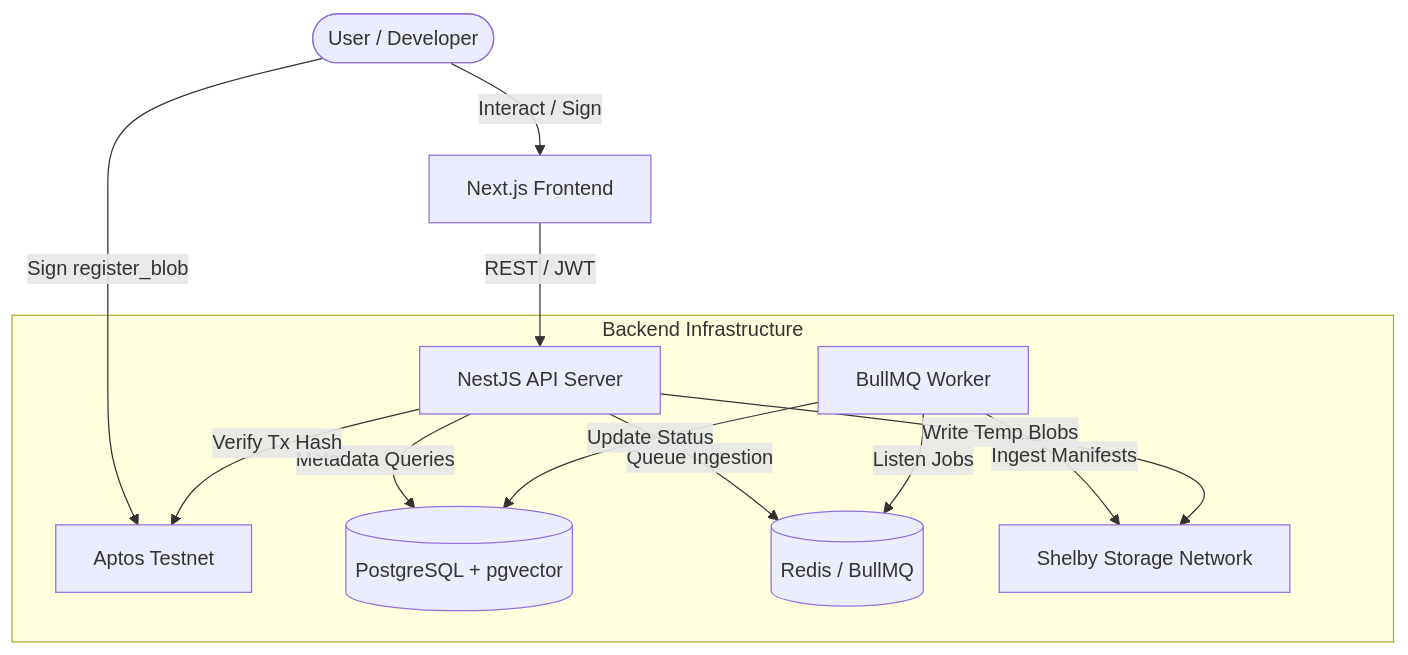
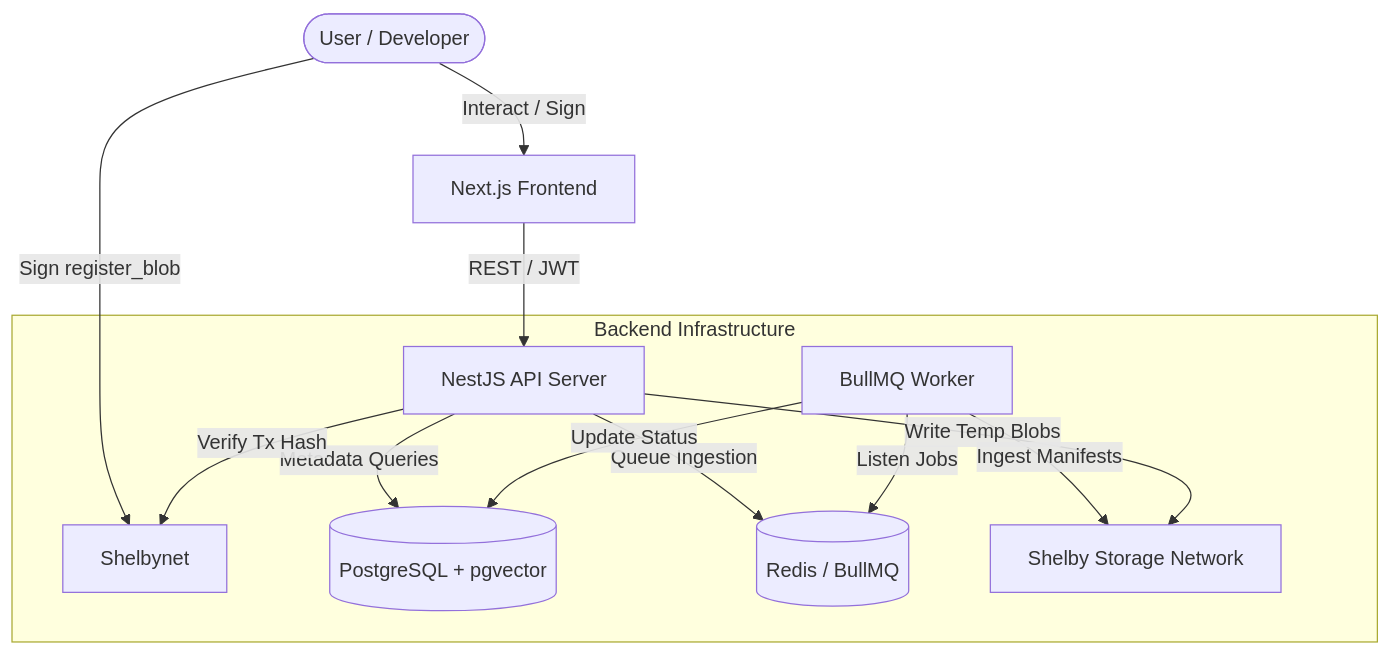
Before and after one commit to Avnsmith/Dataforge: the diagram in README.md, drawn with Mermaid. The commit also changed other lines of this file and 17 other files, not shown here.

````diff
--- a/README.md
+++ b/README.md
@@ -59,17 +59,17 @@
 ```mermaid
 graph TD
     User([User / Developer]) -->|Interact / Sign| Frontend[Next.js Frontend]
-    User -->|Sign register_blob| Aptos[Aptos Testnet]
+    User -->|Sign register_blob| Aptos[Shelbynet]
     Frontend -->|REST / JWT| API[NestJS API Server]
     
     subgraph "Backend Infrastructure"
         API -->|Metadata Queries| PG[(PostgreSQL + pgvector)]
         API -->|Queue Ingestion| Redis[(Redis / BullMQ)]
         API -->|Verify Tx Hash| Aptos
         
         Worker[BullMQ Worker] -->|Listen Jobs| Redis
         Worker -->|Update Status| PG
         Worker -->|Ingest Manifests| Shelby[Shelby Storage Network]
         API -->|Write Temp Blobs| Shelby
     end
 ```
````
